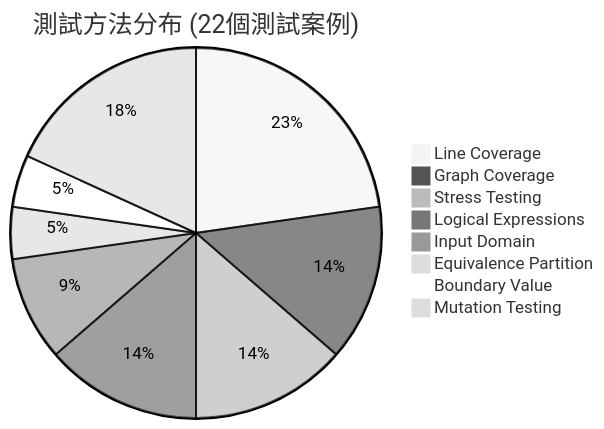
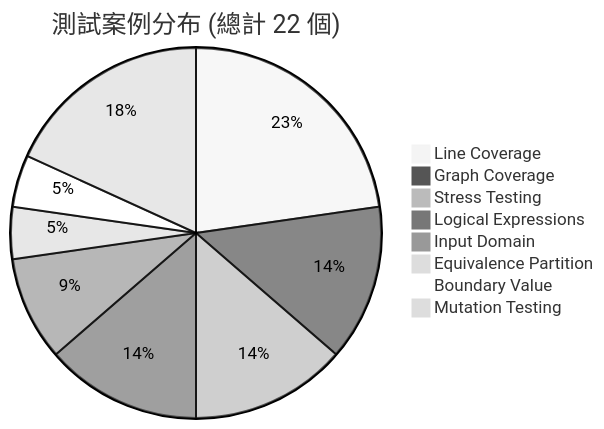
Before and after one commit to leecheenbao/ntou-sfm-homework: the seventh of 7 diagrams in test_report_flow.md, drawn with Mermaid (neutral theme). The commit also changed other lines of this file, not shown here.

Commit message:
update: test flow

````diff
--- a/test_report_flow.md
+++ b/test_report_flow.md
@@ -183,11 +135,11 @@
 ```mermaid
-pie title 測試方法分布 (22個測試案例)
+pie title 測試案例分布 (總計 22 個)
     "Line Coverage" : 5
     "Graph Coverage" : 3
     "Stress Testing" : 3
     "Logical Expressions" : 3
     "Input Domain" : 2
     "Equivalence Partition" : 1
     "Boundary Value" : 1
     "Mutation Testing" : 4
 ```
````
